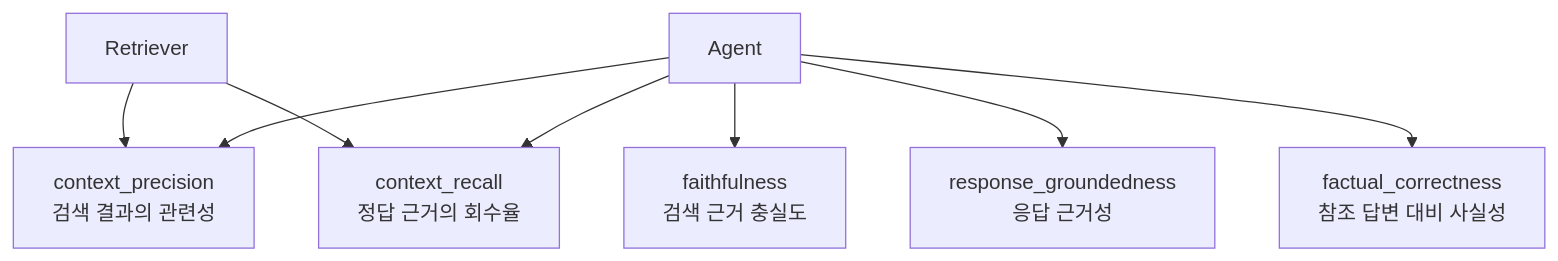
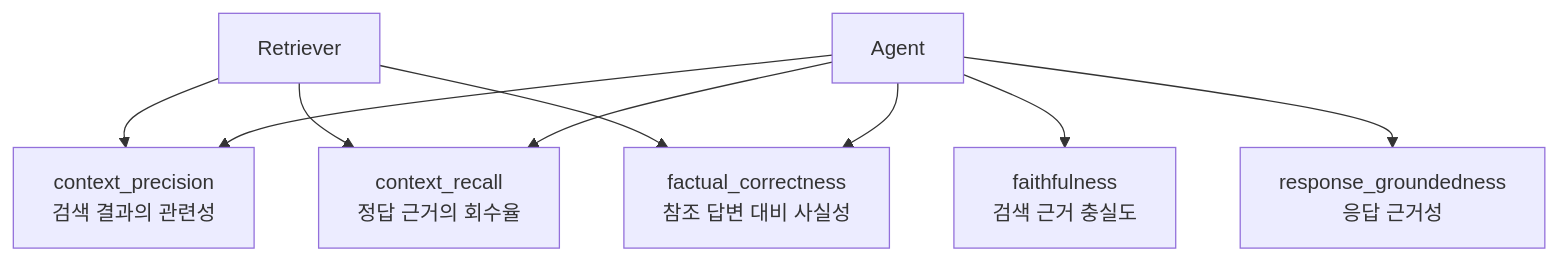
The second of 2 diagrams in docs/rag/industry-methodology.md (hypoxisaurea/FinAgent-SME), drawn with Mermaid before and after one commit. The commit also changed other lines of this file and 9 other files, not shown here.

````diff
--- a/docs/rag/industry-methodology.md
+++ b/docs/rag/industry-methodology.md
@@ -122,10 +122,11 @@
 ```mermaid
 flowchart TD
     R[Retriever] --> CP[context_precision\n검색 결과의 관련성]
     R --> CR[context_recall\n정답 근거의 회수율]
+    R --> FC[factual_correctness\n참조 답변 대비 사실성]
     A[Agent] --> CP
     A --> CR
     A --> F[faithfulness\n검색 근거 충실도]
     A --> G[response_groundedness\n응답 근거성]
     A --> FC[factual_correctness\n참조 답변 대비 사실성]
 ```
````
